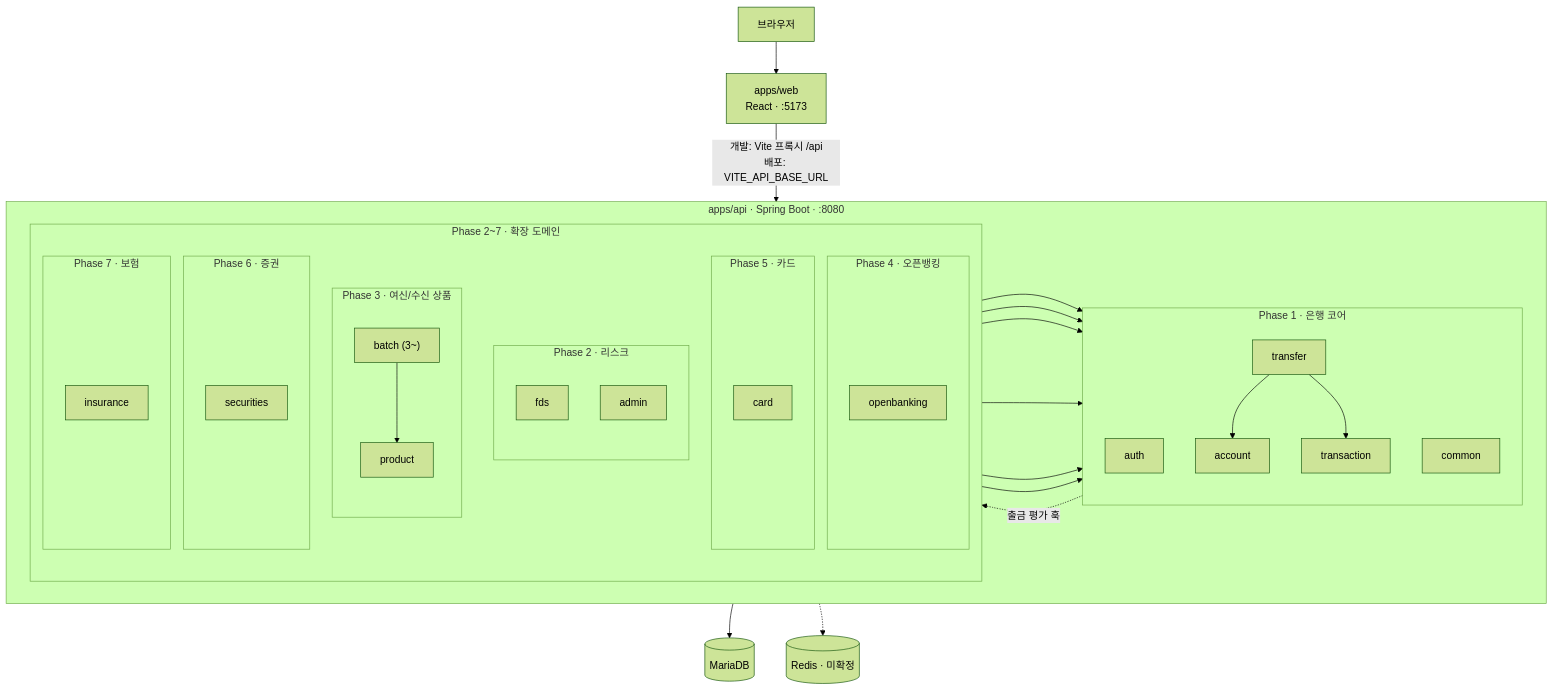
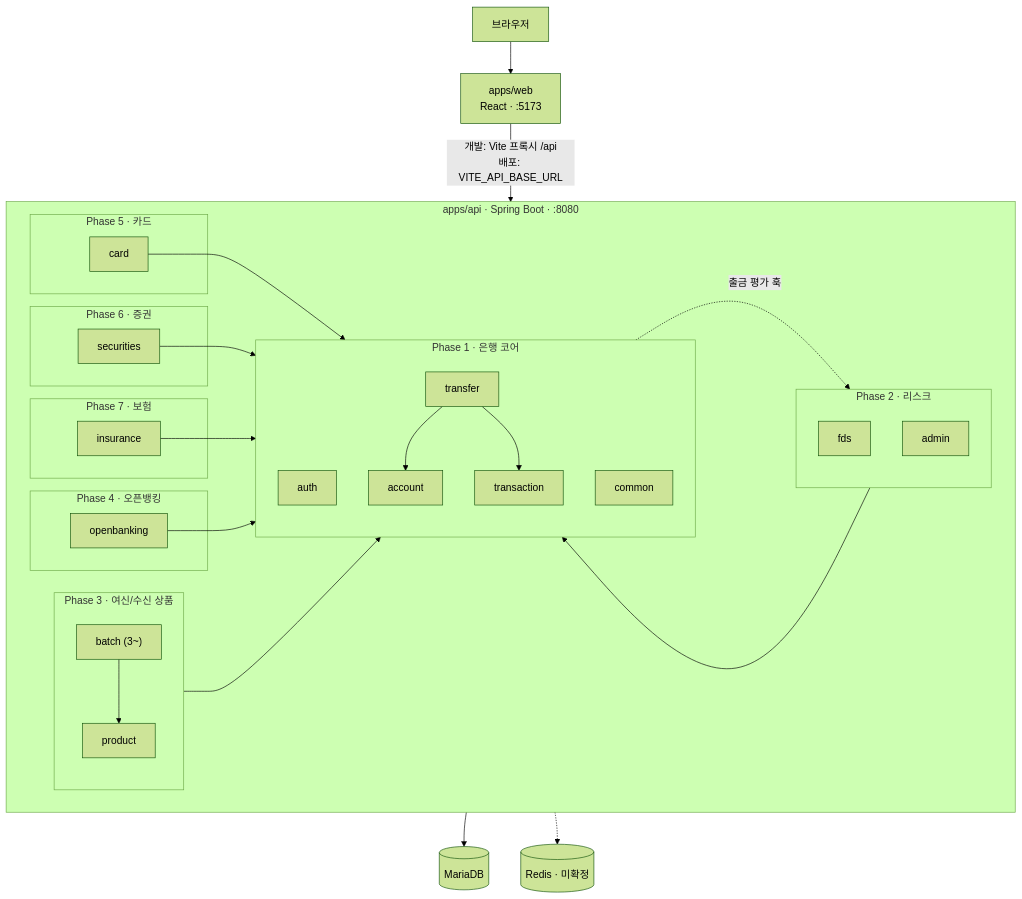
Before and after one commit to ShinhanDSProject/talking-bank: the diagram in docs/03-tech-stack.md, drawn with Mermaid (forest theme).

Commit message:
docs: 03 다이어그램에서 ext 래퍼를 빼고 Phase subgraph를 api 바로 아래에

````diff
--- a/docs/03-tech-stack.md
+++ b/docs/03-tech-stack.md
@@ -41,52 +41,49 @@
 ```mermaid
 flowchart TB
     browser[브라우저] --> web["apps/web<br/>React · :5173"]
     web -->|"개발: Vite 프록시 /api<br/>배포: VITE_API_BASE_URL"| api
 
     subgraph api["apps/api · Spring Boot · :8080"]
         direction LR
         subgraph core["Phase 1 · 은행 코어"]
             direction TB
             auth[auth]
             common[common]
             transfer[transfer] --> account[account]
             transfer --> transaction[transaction]
         end
-        subgraph ext["Phase 2~7 · 확장 도메인"]
+        subgraph p2["Phase 2 · 리스크"]
             direction TB
-            subgraph p2["Phase 2 · 리스크"]
-                direction TB
-                fds[fds]
-                admin[admin]
-            end
-            subgraph p3["Phase 3 · 여신/수신 상품"]
-                direction TB
-                product[product]
-                batch["batch (3~)"]
-            end
-            subgraph p4["Phase 4 · 오픈뱅킹"]
-                openbanking[openbanking]
-            end
-            subgraph p5["Phase 5 · 카드"]
-                card[card]
-            end
-            subgraph p6["Phase 6 · 증권"]
-                securities[securities]
-            end
-            subgraph p7["Phase 7 · 보험"]
-                insurance[insurance]
-            end
+            fds[fds]
+            admin[admin]
+        end
+        subgraph p3["Phase 3 · 여신/수신 상품"]
+            direction TB
+            product[product]
+            batch["batch (3~)"]
+        end
+        subgraph p4["Phase 4 · 오픈뱅킹"]
+            openbanking[openbanking]
+        end
+        subgraph p5["Phase 5 · 카드"]
+            card[card]
+        end
+        subgraph p6["Phase 6 · 증권"]
+            securities[securities]
+        end
+        subgraph p7["Phase 7 · 보험"]
+            insurance[insurance]
         end
         transfer -. 출금 평가 훅 .-> fds
         product --> transfer
         card --> transfer
         securities --> transfer
         insurance --> transfer
         openbanking --> account
         admin --> transaction
         batch --> product
     end
 
     api --> db[(MariaDB)]
     api -.-> redis[(Redis · 미확정)]
 ```
````
